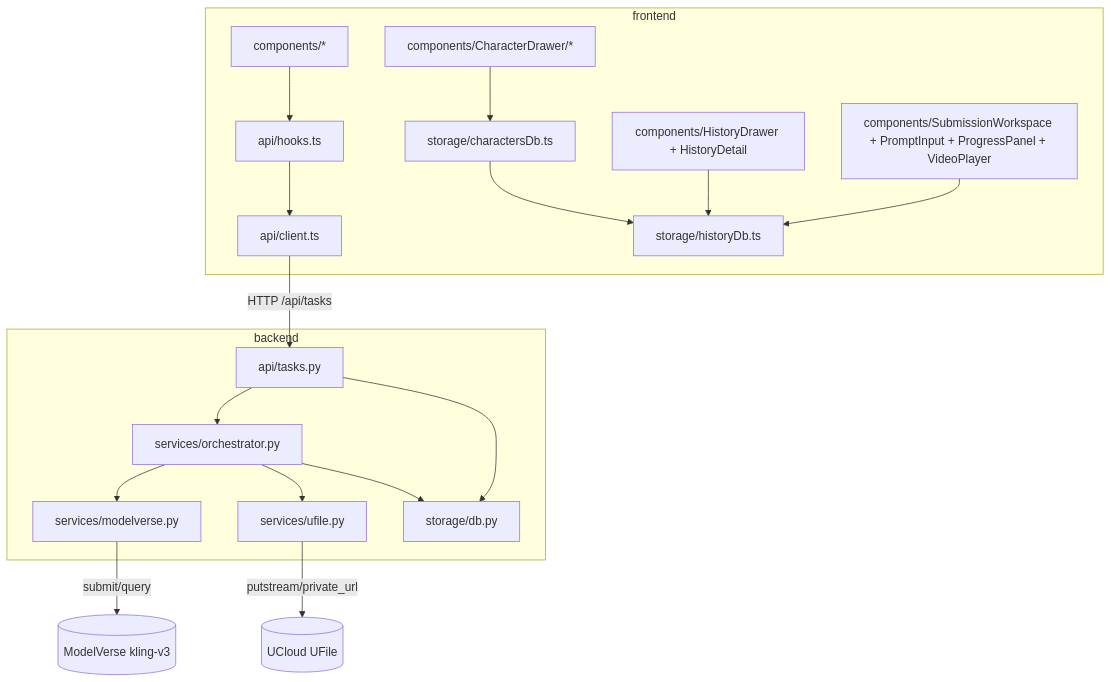
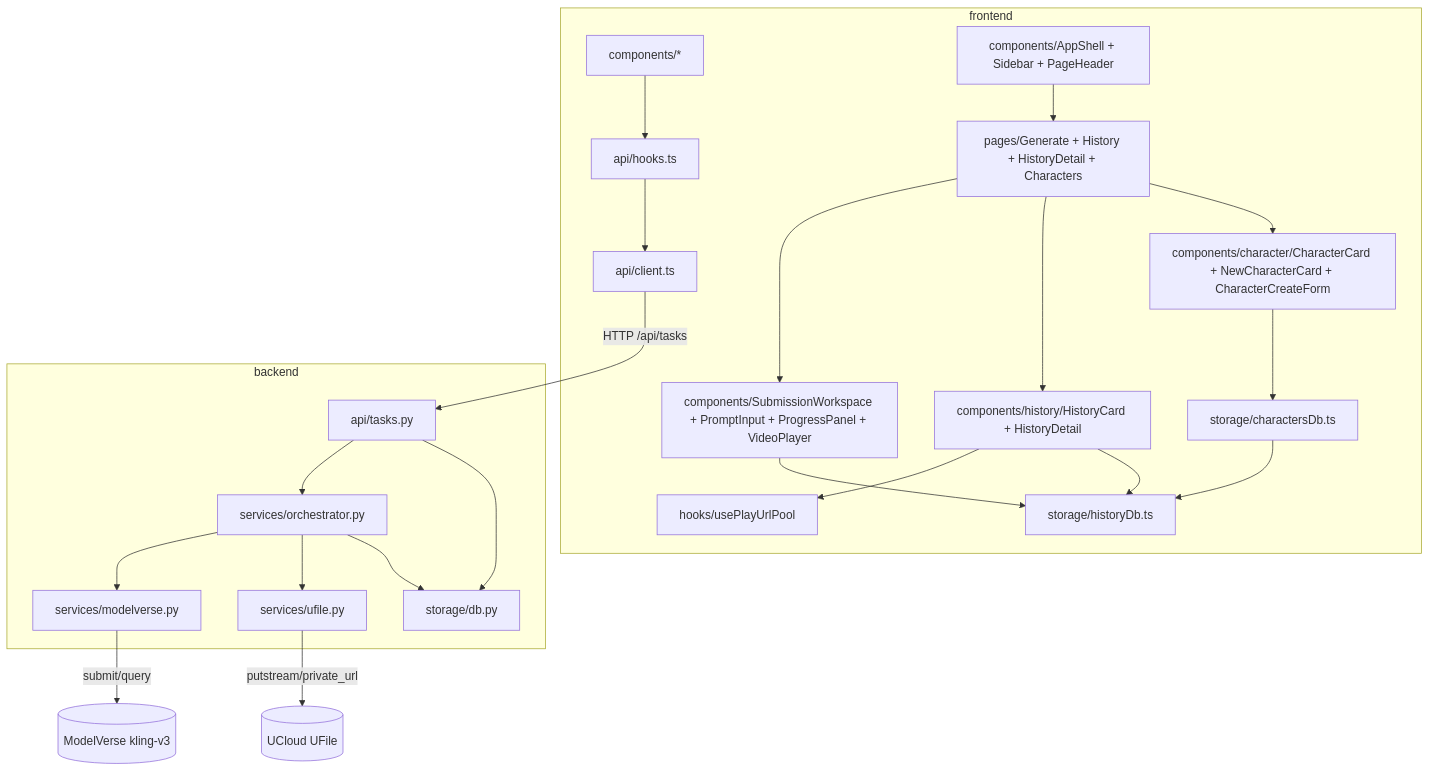
One commit to ithkeen/mays-vlog changed the diagram in .cadence/PROJECT.md. Above: the diagram before and after it, drawn with Mermaid. The commit also changed other lines of this file and 23 other files, not shown here.

````diff
--- a/.cadence/PROJECT.md
+++ b/.cadence/PROJECT.md
@@ -25,34 +25,42 @@
 ```mermaid
 graph TD
   subgraph frontend
     UI[components/*]
+    shell[components/AppShell + Sidebar + PageHeader]
+    pages[pages/Generate + History + HistoryDetail + Characters]
     sub[components/SubmissionWorkspace + PromptInput + ProgressPanel + VideoPlayer]
-    hist[components/HistoryDrawer + HistoryDetail]
-    chardrawer[components/CharacterDrawer/*]
+    hist[components/history/HistoryCard + HistoryDetail]
+    char[components/character/CharacterCard + NewCharacterCard + CharacterCreateForm]
+    hooks[hooks/usePlayUrlPool]
     apihook[api/hooks.ts]
     apiclient[api/client.ts]
     histDb[storage/historyDb.ts]
     charDb[storage/charactersDb.ts]
+    shell --> pages
+    pages --> sub
+    pages --> hist
+    pages --> char
+    hist --> hooks
     UI --> apihook
     apihook --> apiclient
     sub --> histDb
     hist --> histDb
-    chardrawer --> charDb
+    char --> charDb
     charDb --> histDb
   end
   subgraph backend
     router[api/tasks.py]
     orch[services/orchestrator.py]
     mv[services/modelverse.py]
     uf[services/ufile.py]
     db[storage/db.py]
     router --> orch
     router --> db
     orch --> mv
     orch --> uf
     orch --> db
   end
   apiclient -->|HTTP /api/tasks| router
   uf -->|putstream/private_url| UFile[(UCloud UFile)]
   mv -->|submit/query| ModelVerse[(ModelVerse kling-v3)]
 ```
````
